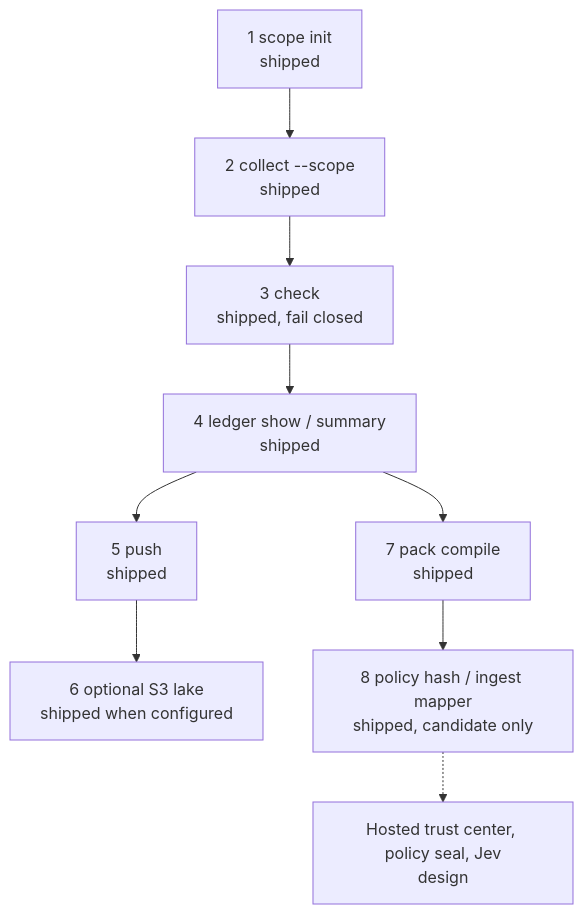
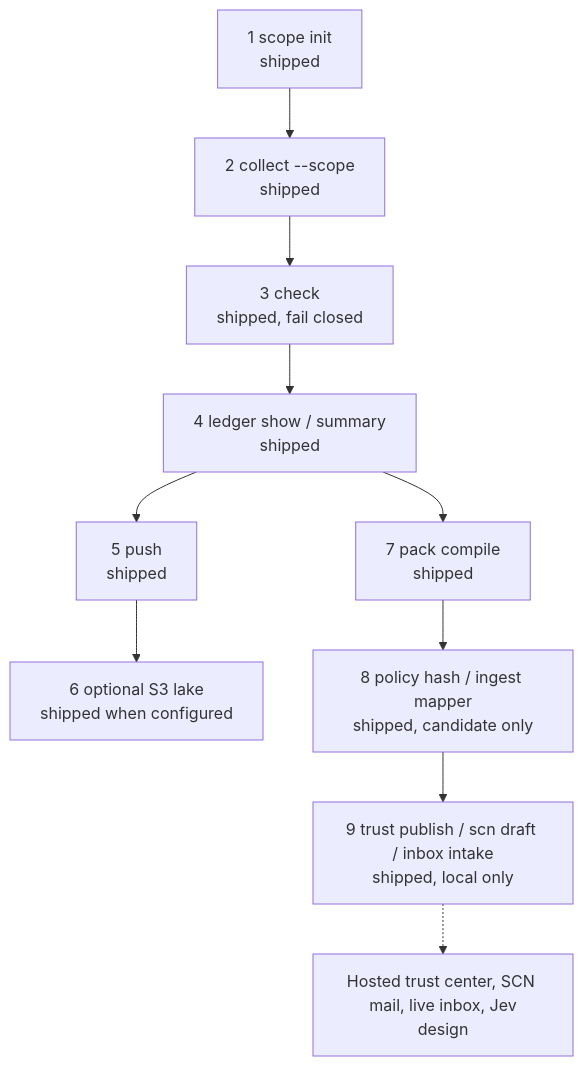
The diagram in docs/HOW_IT_WORKS.md (kfcain/beacon), drawn with Mermaid before and after one commit. The commit also changed other lines of this file and 13 other files, not shown here.

First line of the commit message:
Add local trust-center export, SCN drafts, and inbox intake.

````diff
--- a/docs/HOW_IT_WORKS.md
+++ b/docs/HOW_IT_WORKS.md
@@ -17,17 +17,19 @@
 ```mermaid
 flowchart TD
   scope["1 scope init<br/>shipped"]
   collect["2 collect --scope<br/>shipped"]
   check["3 check<br/>shipped, fail closed"]
   ledger["4 ledger show / summary<br/>shipped"]
   push["5 push<br/>shipped"]
   lake["6 optional S3 lake<br/>shipped when configured"]
   compile["7 pack compile<br/>shipped"]
   policy["8 policy hash / ingest mapper<br/>shipped, candidate only"]
-  later["Hosted trust center, policy seal, Jev<br/>design"]
+  trust["9 trust publish / scn draft / inbox intake<br/>shipped, local only"]
+  later["Hosted trust center, SCN mail, live inbox, Jev<br/>design"]
 
   scope --> collect --> check --> ledger --> push --> lake
   ledger --> compile
   compile --> policy
-  policy -.-> later
+  policy --> trust
+  trust -.-> later
 ```
````
